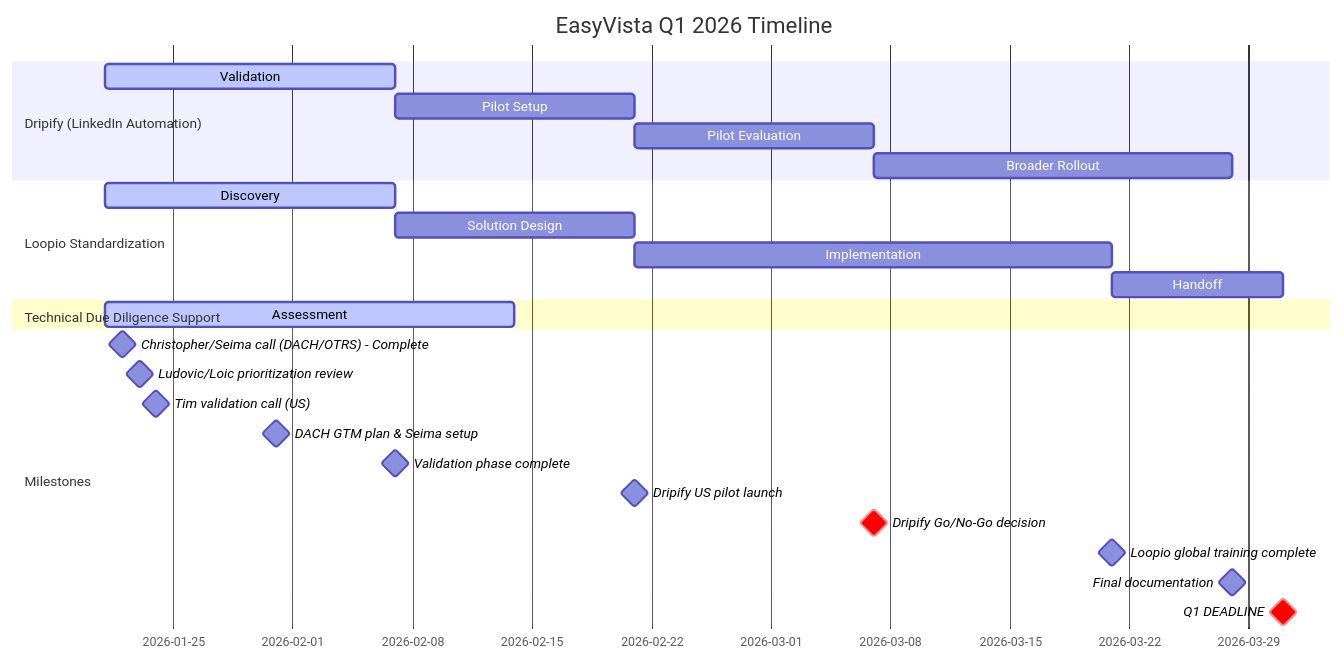
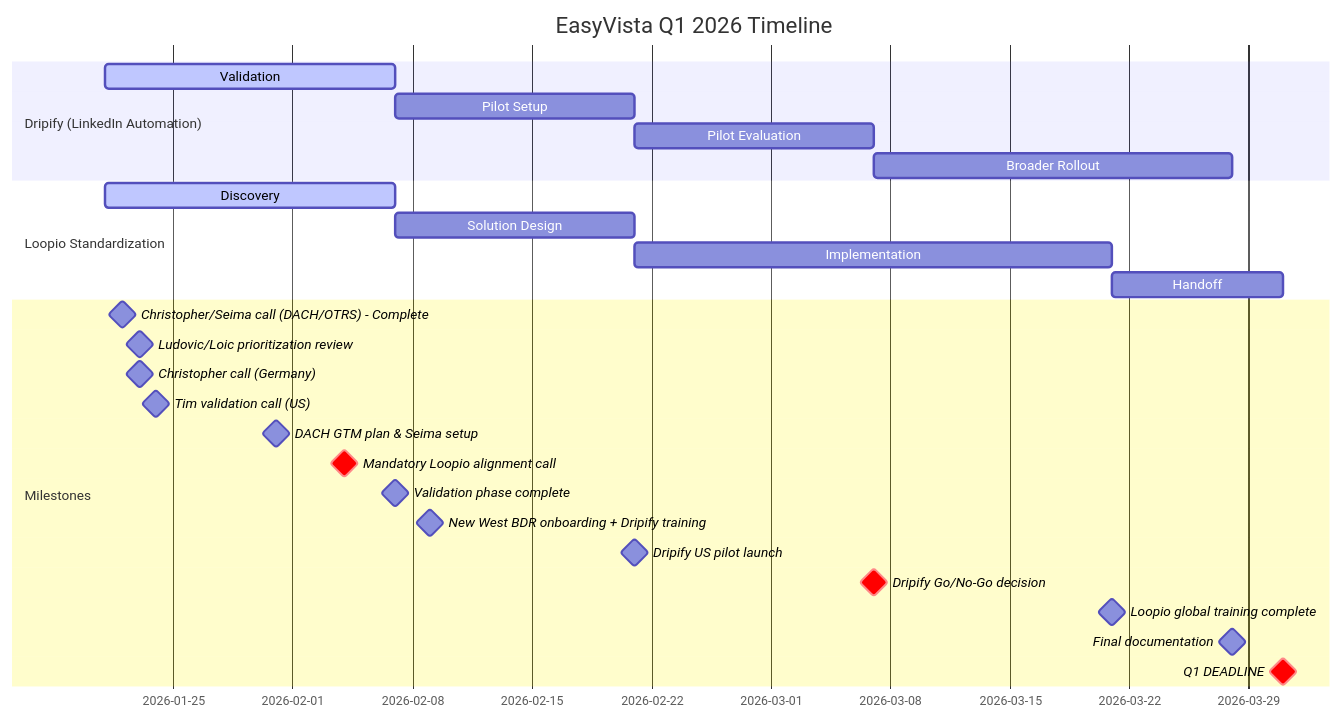
The diagram in easyvista-gantt.mermaid (pqsoccerboy17/client-timelines), drawn with Mermaid before and after one commit. The commit also changed 4 other files, not shown here.

First line of the commit message:
Update timeline to Jan 30, 2026

````diff
--- a/easyvista-gantt.mermaid
+++ b/easyvista-gantt.mermaid
@@ -1,32 +1,32 @@
 ```mermaid
 gantt
     title EasyVista Q1 2026 Timeline
     dateFormat YYYY-MM-DD
 
     section Dripify (LinkedIn Automation)
     Validation :active, dripify_p0, 2026-01-21, 2026-02-07
     Pilot Setup :dripify_p1, after dripify_p0, 2026-02-21
     Pilot Evaluation :dripify_p2, after dripify_p1, 2026-03-07
     Broader Rollout :dripify_p3, after dripify_p2, 2026-03-28
 
     section Loopio Standardization
     Discovery :active, loopio_p0, 2026-01-21, 2026-02-07
     Solution Design :loopio_p1, after loopio_p0, 2026-02-21
     Implementation :loopio_p2, after loopio_p1, 2026-03-21
     Handoff :loopio_p3, after loopio_p2, 2026-03-31
 
-    section Technical Due Diligence Support
-    Assessment :active, tech_dd_p0, 2026-01-21, 2026-02-14
-
     section Milestones
     Christopher/Seima call (DACH/OTRS) - Complete :milestone, 2026-01-22, 0d
     Ludovic/Loic prioritization review :milestone, 2026-01-23, 0d
+    Christopher call (Germany) :milestone, 2026-01-23, 0d
     Tim validation call (US) :milestone, 2026-01-24, 0d
     DACH GTM plan & Seima setup :milestone, 2026-01-31, 0d
+    Mandatory Loopio alignment call :crit, milestone, 2026-02-04, 0d
     Validation phase complete :milestone, 2026-02-07, 0d
+    New West BDR onboarding + Dripify training :milestone, 2026-02-09, 0d
     Dripify US pilot launch :milestone, 2026-02-21, 0d
     Dripify Go/No-Go decision :crit, milestone, 2026-03-07, 0d
     Loopio global training complete :milestone, 2026-03-21, 0d
     Final documentation :milestone, 2026-03-28, 0d
     Q1 DEADLINE :crit, milestone, 2026-03-31, 0d
 ```
````
